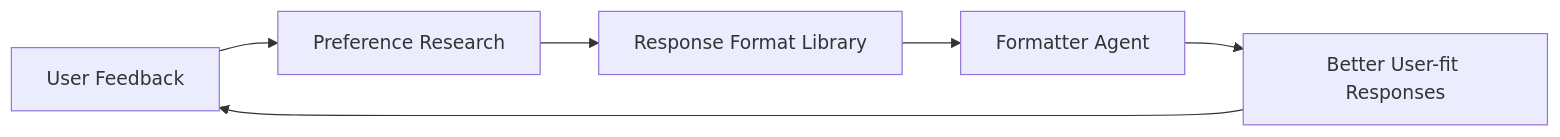
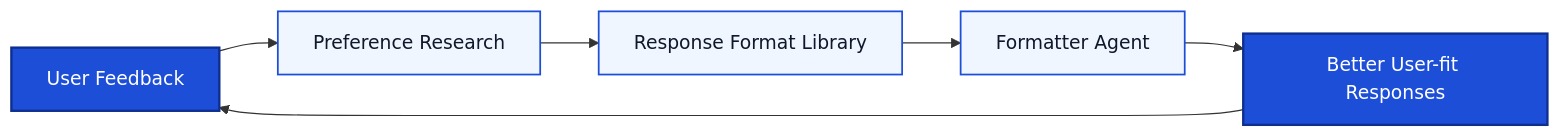
The seventh of 9 diagrams in docs/diagrams.md (Hassaan146/agentic-ai-workflow), drawn with Mermaid before and after one commit. The commit also changed other lines of this file, not shown here.

Commit message:
Polish workflow diagram styling

````diff
--- a/docs/diagrams.md
+++ b/docs/diagrams.md
@@ -119,8 +175,13 @@
 ```mermaid
 flowchart LR
     A["User Feedback"] --> B["Preference Research"]
     B --> C["Response Format Library"]
     C --> D["Formatter Agent"]
     D --> E["Better User-fit Responses"]
     E --> A
+
+    classDef primary fill:#1d4ed8,stroke:#0f2f8f,color:#ffffff,stroke-width:2px;
+    classDef soft fill:#eff6ff,stroke:#1d4ed8,color:#0f172a,stroke-width:1.5px;
+    class A,E primary;
+    class B,C,D soft;
 ```
````
